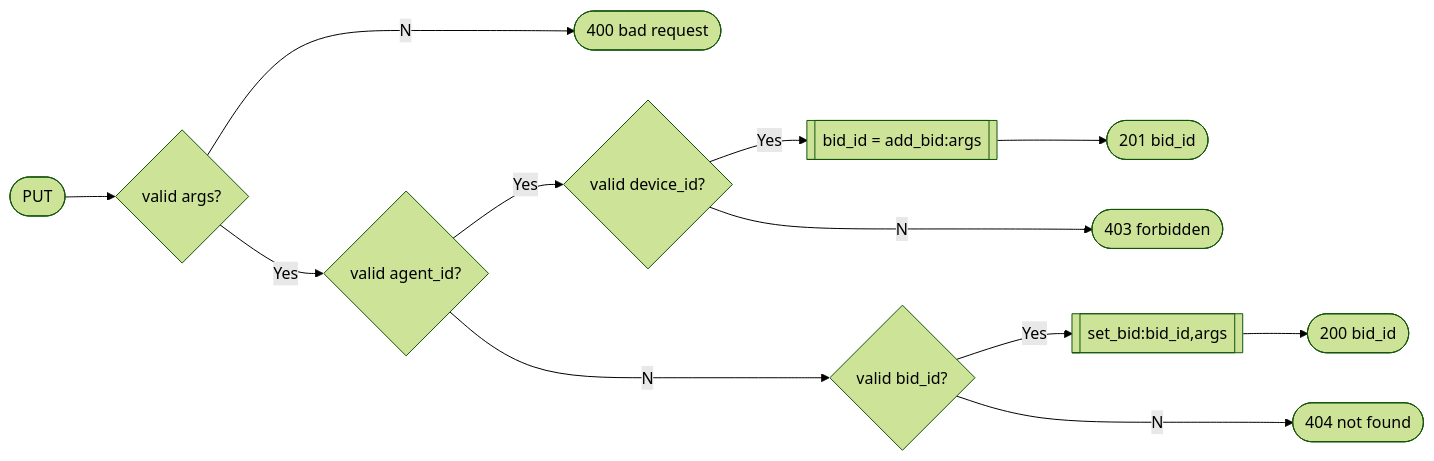
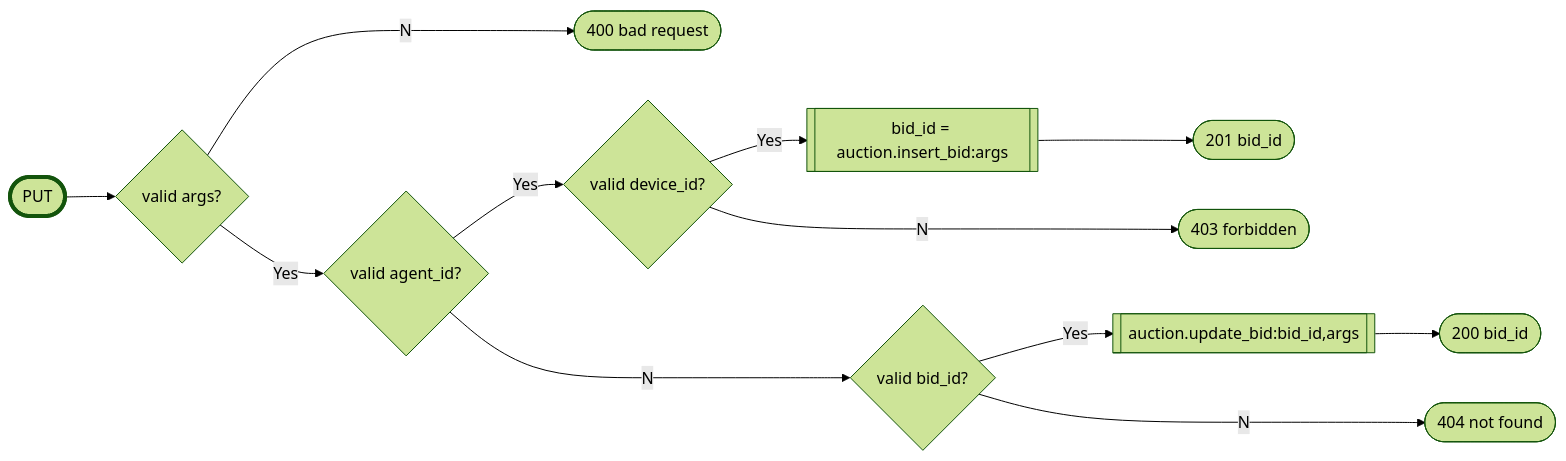
One commit to aivanova5/design changed the diagram in docs/auction.md. Above: the diagram before and after it, drawn with Mermaid (forest theme). The commit also changed other lines of this file, not shown here.

````diff
--- a/docs/auction.md
+++ b/docs/auction.md
@@ -26,14 +29,15 @@
 ```mermaid
 graph LR
+  style enter stroke-width:4px
   enter([PUT]) --> valid{valid args?}
   valid --No--> bad_request([400 bad request])
   valid --Yes--> new{valid agent_id?}
   new --Yes--> allowed{valid device_id?}
-  allowed --Yes--> insert_bid[[bid_id = add_bid:args]]
+  allowed --Yes--> insert_bid[[bid_id = auction.insert_bid:args]]
   allowed --No-->forbidden([403 forbidden])
   new --No--> exists{valid bid_id?}
-  exists --Yes--> update_bid[[set_bid:bid_id,args]]
+  exists --Yes--> update_bid[[auction.update_bid:bid_id,args]]
   exists --No--> not_found([404 not found])
   update_bid --> OK([200 bid_id])
   insert_bid --> Created([201 bid_id])
 ```
````
